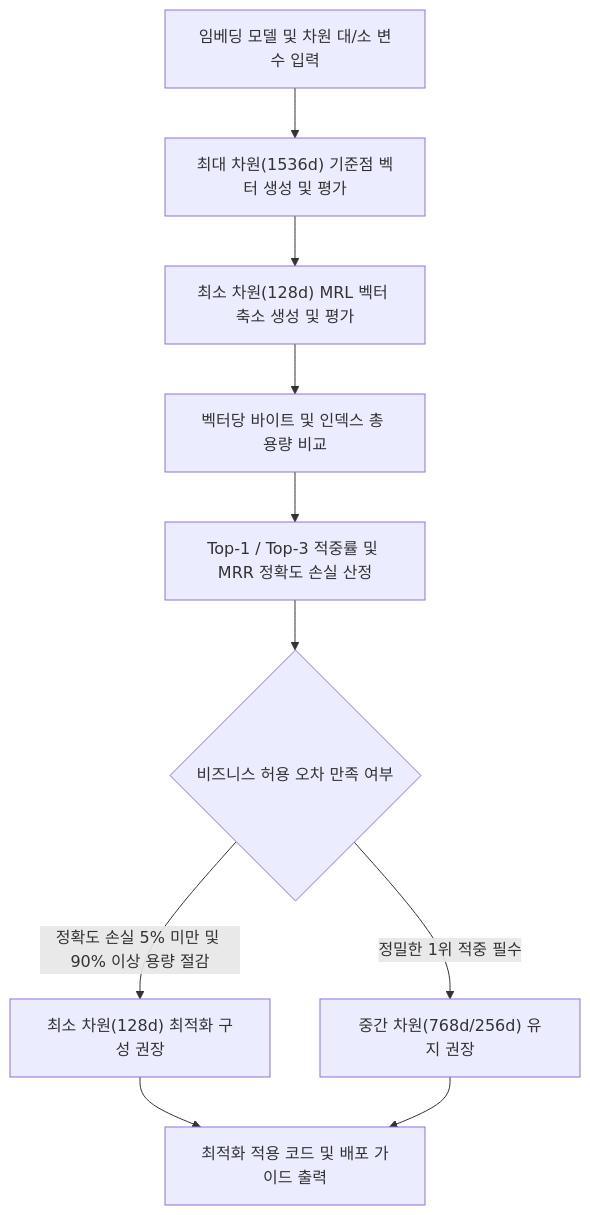
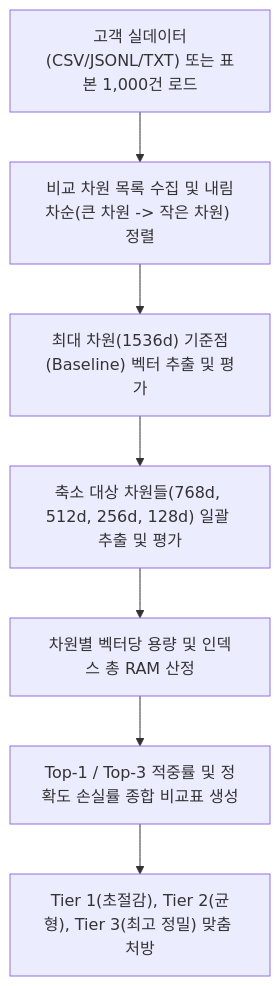
One commit to jiangjun-forge/google-cloud-0-to-1 changed the diagram in samples/embedding-dimension-tradeoff-analyzer/README.md. Above: the diagram before and after it, drawn with Mermaid. The commit also changed other lines of this file and 2 other files, not shown here.

````diff
--- a/samples/embedding-dimension-tradeoff-analyzer/README.md
+++ b/samples/embedding-dimension-tradeoff-analyzer/README.md
@@ -23,12 +23,9 @@
 ```mermaid
 graph TD
-    A["임베딩 모델 및 차원 대/소 변수 입력"] --> B["최대 차원(1536d) 기준점 벡터 생성 및 평가"]
-    B --> C["최소 차원(128d) MRL 벡터 축소 생성 및 평가"]
-    C --> D["벡터당 바이트 및 인덱스 총 용량 비교"]
-    D --> E["Top-1 / Top-3 적중률 및 MRR 정확도 손실 산정"]
-    E --> F{"비즈니스 허용 오차 만족 여부"}
-    F -- "정확도 손실 5% 미만 및 90% 이상 용량 절감" --> G["최소 차원(128d) 최적화 구성 권장"]
-    F -- "정밀한 1위 적중 필수" --> H["중간 차원(768d/256d) 유지 권장"]
-    G --> I["최적화 적용 코드 및 배포 가이드 출력"]
-    H --> I
+    A["고객 실데이터(CSV/JSONL/TXT) 또는 표본 1,000건 로드"] --> B["비교 차원 목록 수집 및 내림차순(큰 차원 -> 작은 차원) 정렬"]
+    B --> C["최대 차원(1536d) 기준점(Baseline) 벡터 추출 및 평가"]
+    C --> D["축소 대상 차원들(768d, 512d, 256d, 128d) 일괄 추출 및 평가"]
+    D --> E["차원별 벡터당 용량 및 인덱스 총 RAM 산정"]
+    E --> F["Top-1 / Top-3 적중률 및 정확도 손실률 종합 비교표 생성"]
+    F --> G["Tier 1(초절감), Tier 2(균형), Tier 3(최고 정밀) 맞춤 처방"]
 ```
````
